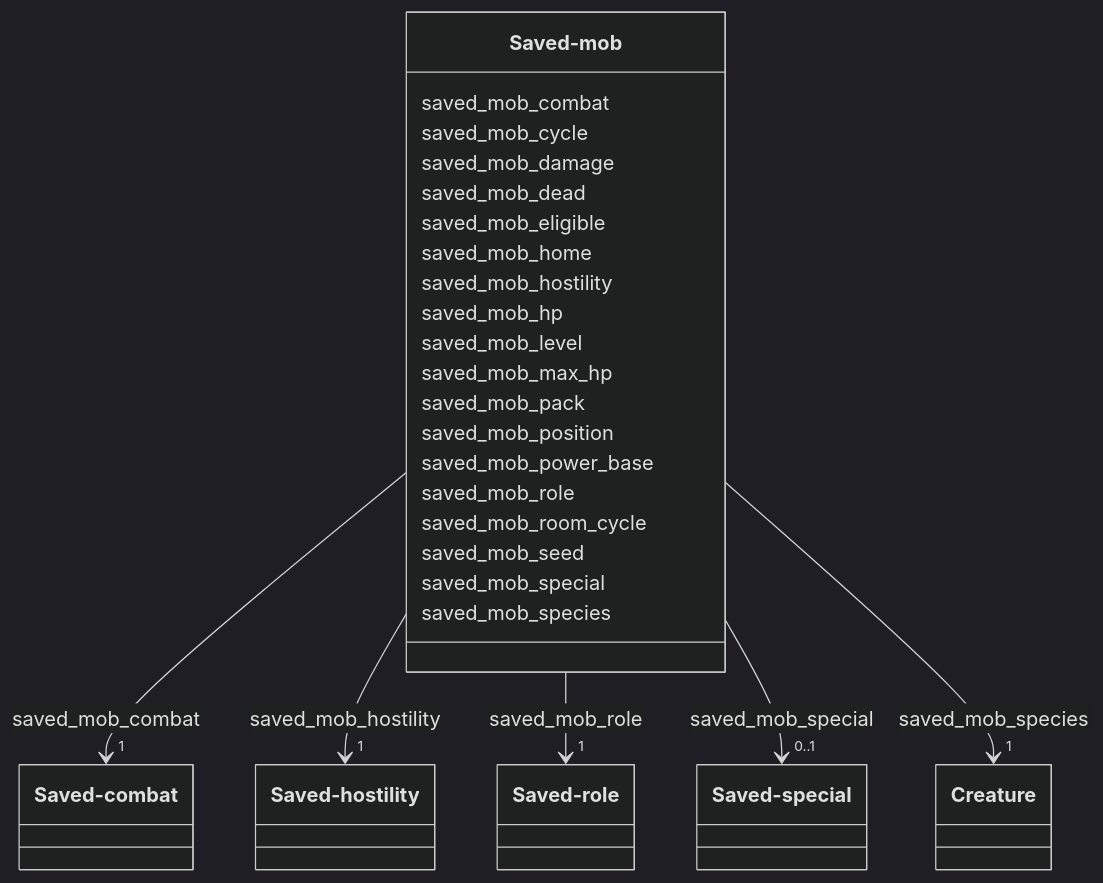
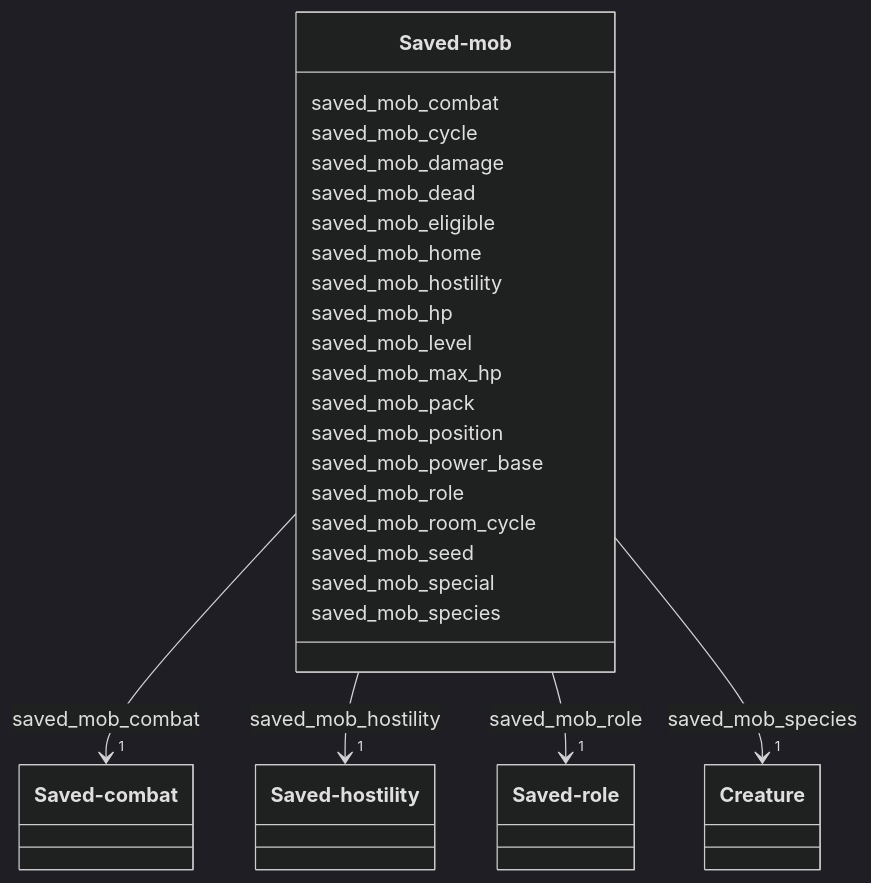
One commit to M4jor-Tom/pixlnd.game changed the diagram in docs/ontology/mermaid/classes/saved-mob.mmd. Above: the diagram before and after it, drawn with Mermaid (dark theme). The commit also changed 31 other files, not shown here.

```diff
--- a/docs/ontology/mermaid/classes/saved-mob.mmd
+++ b/docs/ontology/mermaid/classes/saved-mob.mmd
@@ -1,31 +1,29 @@
  classDiagram
     class `Saved-mob`
     click `Saved-mob` href "../Saved-mob"
       `Saved-mob` : saved_mob_combat
         `Saved-mob` --> "1" `Saved-combat` : saved_mob_combat
         click `Saved-combat` href "../Saved-combat"
       `Saved-mob` : saved_mob_cycle
       `Saved-mob` : saved_mob_damage
       `Saved-mob` : saved_mob_dead
       `Saved-mob` : saved_mob_eligible
       `Saved-mob` : saved_mob_home
       `Saved-mob` : saved_mob_hostility
         `Saved-mob` --> "1" `Saved-hostility` : saved_mob_hostility
         click `Saved-hostility` href "../Saved-hostility"
       `Saved-mob` : saved_mob_hp
       `Saved-mob` : saved_mob_level
       `Saved-mob` : saved_mob_max_hp
       `Saved-mob` : saved_mob_pack
       `Saved-mob` : saved_mob_position
       `Saved-mob` : saved_mob_power_base
       `Saved-mob` : saved_mob_role
         `Saved-mob` --> "1" `Saved-role` : saved_mob_role
         click `Saved-role` href "../Saved-role"
       `Saved-mob` : saved_mob_room_cycle
       `Saved-mob` : saved_mob_seed
       `Saved-mob` : saved_mob_special
-        `Saved-mob` --> "0..1" `Saved-special` : saved_mob_special
-        click `Saved-special` href "../Saved-special"
       `Saved-mob` : saved_mob_species
         `Saved-mob` --> "1" `Creature` : saved_mob_species
         click `Creature` href "../Creature"
```
